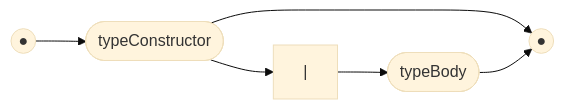
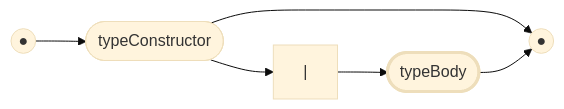
Before and after one commit to billhails/CEKF: diagram 14 of 59 in docs/railroad.md, drawn with Mermaid (base theme). The commit also changed other lines of this file, not shown here.

````diff
--- a/docs/railroad.md
+++ b/docs/railroad.md
@@ -227,7 +244,8 @@
 ```mermaid
 flowchart LR
+classDef rec stroke-width:3px;
 s(("●"))
 e(("●"))
 s --> tc([typeConstructor]) --> e
-tc --> pipe["|"] --> tb([typeBody]) --> e
+tc --> pipe["|"] --> tb([typeBody]):::rec --> e
 ```
````
